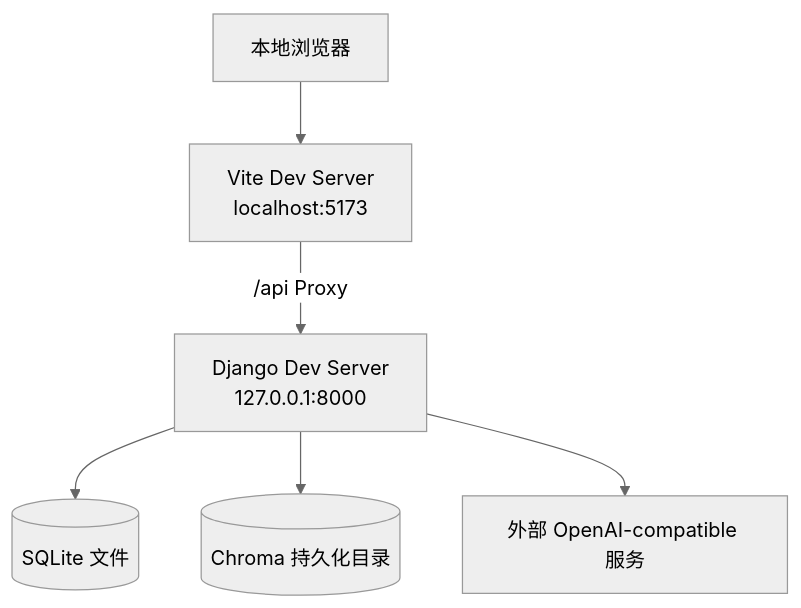
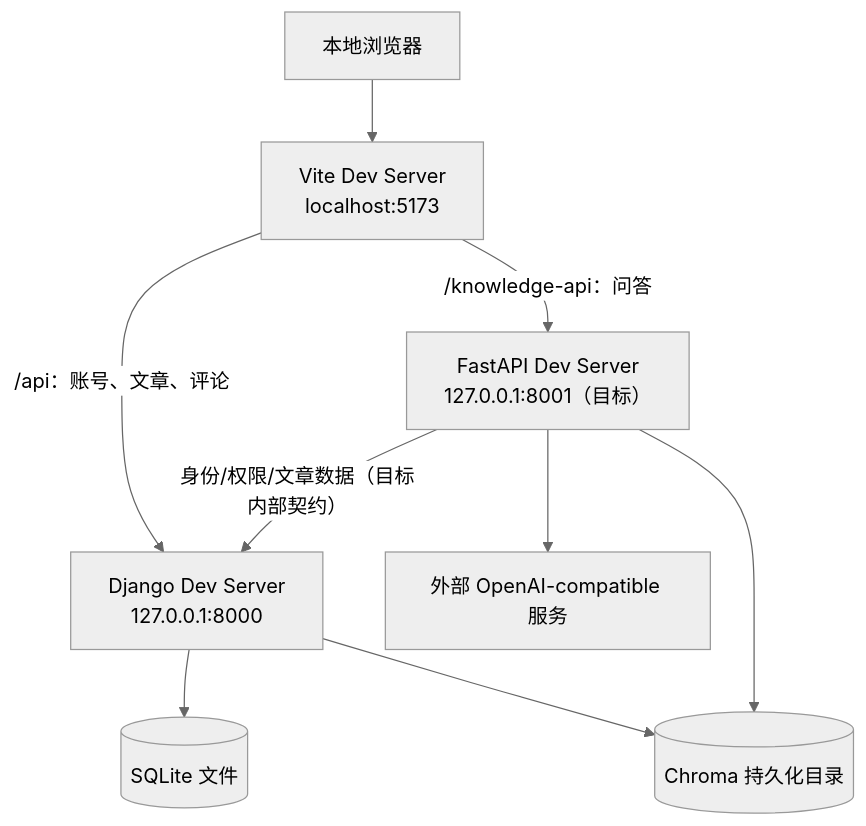
One commit to qianshuibingyu/blog changed the second of 5 diagrams in docs/development-specification.md. Above: the diagram before and after it, drawn with Mermaid (neutral theme). The commit also changed other lines of this file and 13124 other files, not shown here.

````diff
--- a/docs/development-specification.md
+++ b/docs/development-specification.md
@@ -123,15 +130,19 @@
 ```mermaid
 flowchart TB
     Client["本地浏览器"]
     Frontend["Vite Dev Server<br/>localhost:5173"]
-    Backend["Django Dev Server<br/>127.0.0.1:8000"]
+    Django["Django Dev Server<br/>127.0.0.1:8000"]
+    FastAPI["FastAPI Dev Server<br/>127.0.0.1:8001（目标）"]
     DB[("SQLite 文件")]
     Vector[("Chroma 持久化目录")]
     External["外部 OpenAI-compatible 服务"]
 
     Client --> Frontend
-    Frontend -->|"/api Proxy"| Backend
-    Backend --> DB
-    Backend --> Vector
-    Backend --> External
+    Frontend -->|"/api：账号、文章、评论"| Django
+    Frontend -->|"/knowledge-api：问答"| FastAPI
+    Django --> DB
+    Django --> Vector
+    FastAPI -->|"身份/权限/文章数据（目标内部契约）"| Django
+    FastAPI --> Vector
+    FastAPI --> External
 ```
````
